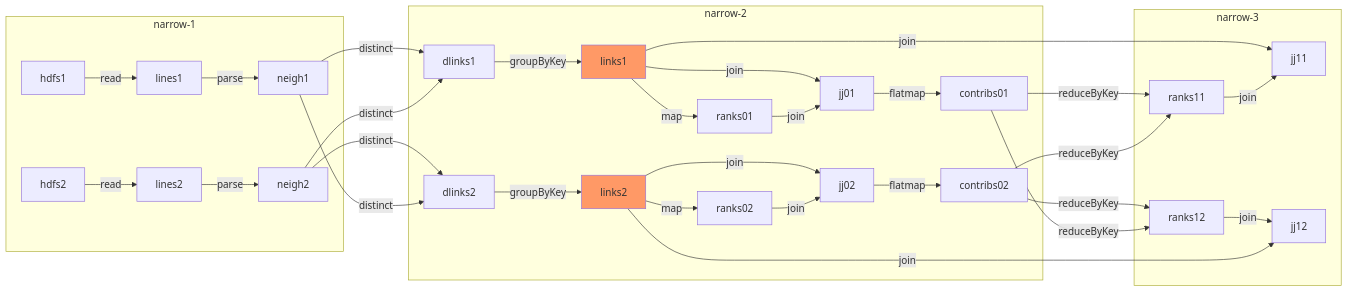
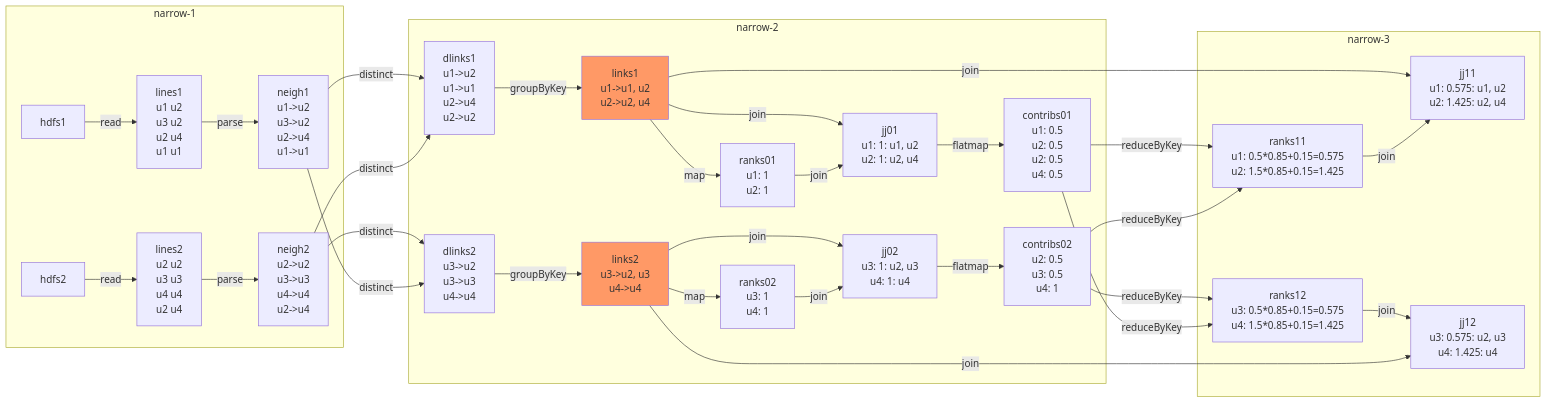
The second of 2 diagrams in compute-rdd.md (codenet/col733-cloud), drawn with Mermaid before and after one commit. The commit also changed other lines of this file and 3 other files, not shown here.

````diff
--- a/compute-rdd.md
+++ b/compute-rdd.md
@@ -165,43 +162,70 @@
 ```mermaid
 flowchart LR
+  lines1[lines1\n u1 u2\n u3 u2\nu2 u4\n u1 u1]
+  lines2[lines2\n u2 u2\nu3 u3\nu4 u4\n u2 u4]
+
+	neigh1[neigh1\n u1->u2\n u3->u2\n u2->u4\n u1->u1]
+	neigh2[neigh2\n u2->u2\nu3->u3\nu4->u4\n u2->u4]
+
+	dlinks1[dlinks1\n u1->u2\n u1->u1\n u2->u4\n u2->u2]
+	dlinks2[dlinks2\n u3->u2\n u3->u3\nu4->u4]
+
+	links1[links1\n u1->u1, u2\n u2->u2, u4]
+	links2[links2\n u3->u2, u3\n u4->u4]
+
+	ranks01[ranks01\n u1: 1\n u2: 1]
+	ranks02[ranks02\n u3: 1\n u4: 1]
+
+	jj01[jj01\n u1: 1: u1, u2\n u2: 1: u2, u4]
+	jj02[jj02\n u3: 1: u2, u3\n u4: 1: u4]
+
+	contribs01[contribs01\n u1: 0.5\n u2: 0.5\n u2: 0.5\n u4: 0.5]
+	contribs02[contribs02\n u2: 0.5\n u3: 0.5\n u4: 1]
+
+	ranks11[ranks11\n u1: 0.5*0.85+0.15=0.575\n u2: 1.5*0.85+0.15=1.425]
+	ranks12[ranks12\n u3: 0.5*0.85+0.15=0.575\n u4: 1.5*0.85+0.15=1.425]
+
+	jj11[jj11\n u1: 0.575: u1, u2\n u2: 1.425: u2, u4]
+	jj12[jj12\n u3: 0.575: u2, u3\n u4: 1.425: u4]
+
 	classDef cached fill:#f96
 	subgraph narrow-1
 		hdfs1 -- read --> lines1
 		lines1 -- parse --> neigh1
 
 		hdfs2 -- read --> lines2
 		lines2 -- parse --> neigh2
 	end
 
 	neigh1 -- distinct --> dlinks1
 	neigh2 -- distinct --> dlinks2
 	neigh1 -- distinct --> dlinks2
 	neigh2 -- distinct --> dlinks1
 
 	subgraph narrow-2
 		dlinks1 -- groupByKey --> links1:::cached
 		links1 -- map --> ranks01
 		links1 -- join --> jj01
 		ranks01 -- join --> jj01
 		jj01 -- flatmap --> contribs01
 
 		dlinks2 -- groupByKey --> links2:::cached
 		links2 -- map --> ranks02
 		links2 -- join --> jj02
 		ranks02 -- join --> jj02
 		jj02 -- flatmap --> contribs02
 	end
 
 
 	contribs01 -- reduceByKey --> ranks11
 	contribs02 -- reduceByKey --> ranks12
 	contribs02 -- reduceByKey --> ranks11
 	contribs01 -- reduceByKey --> ranks12
 
 	subgraph narrow-3
 		links1 -- join --> jj11
 		ranks11 -- join --> jj11
 		ranks12 -- join --> jj12
 		links2 -- join --> jj12
 	end
 ``` 
````
